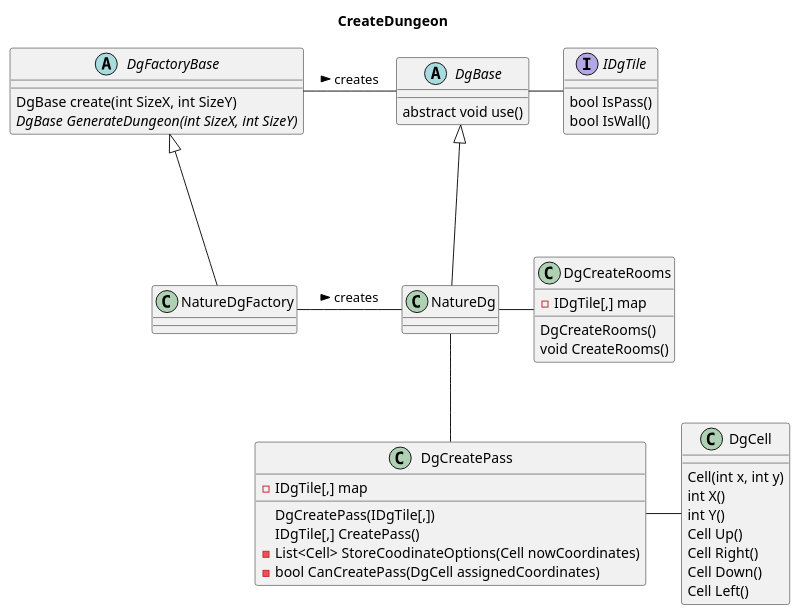
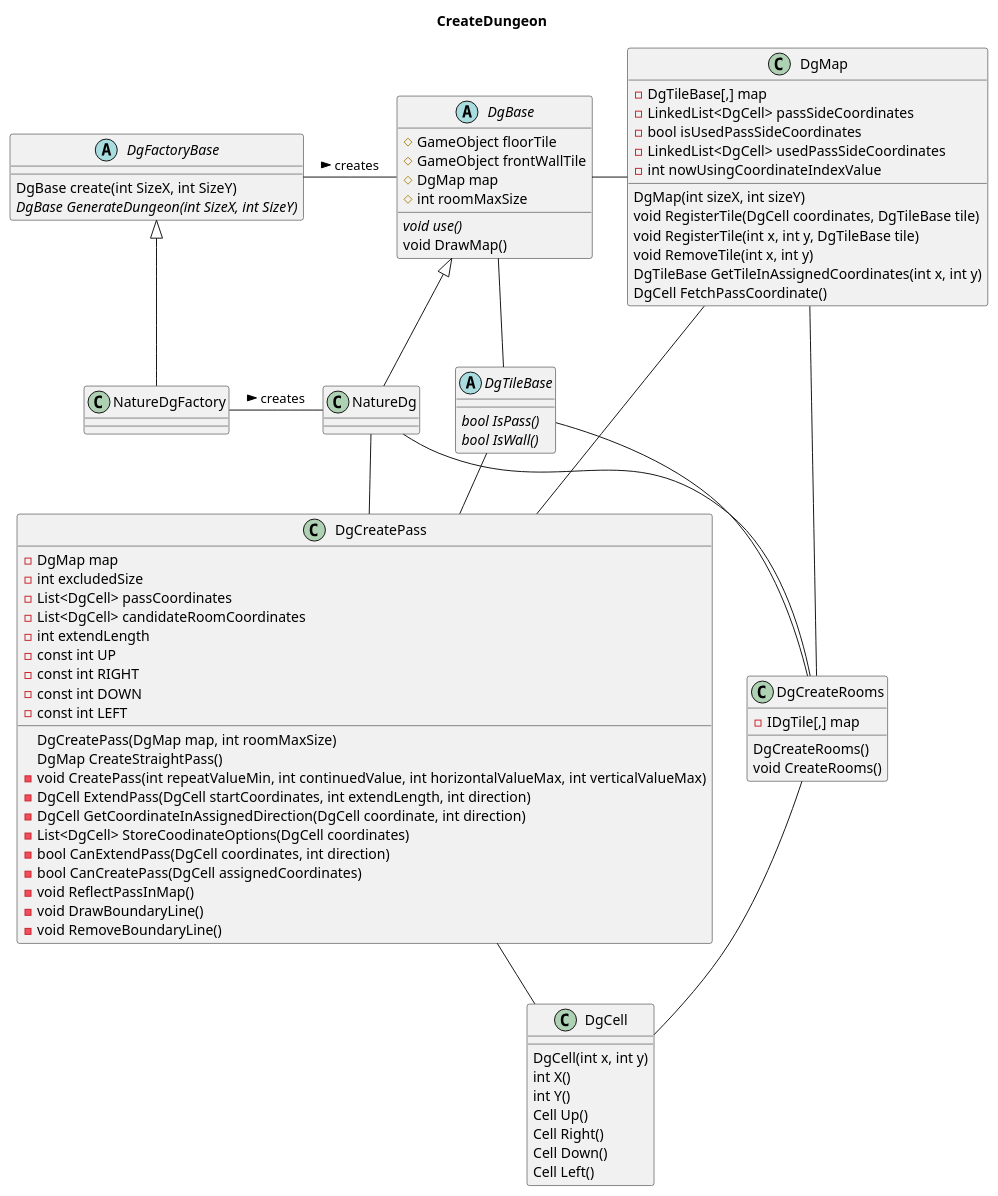
The diagram in Eintyo Project/Assets/Scripts/Dungeon/dungeonUML.pu (belooknova/Eintyo_Project), drawn with PlantUML before and after one commit. The commit also changed 17 other files, not shown here.

```diff
--- a/Eintyo Project/Assets/Scripts/Dungeon/dungeonUML.pu
+++ b/Eintyo Project/Assets/Scripts/Dungeon/dungeonUML.pu
@@ -1,62 +1,113 @@
 @startuml
 title CreateDungeon
+
+
 
 abstract class DgFactoryBase{
     DgBase create(int SizeX, int SizeY)
     {abstract} DgBase GenerateDungeon(int SizeX, int SizeY)
 }
 
 abstract class DgBase{
-    abstract void use()
+    # GameObject floorTile
+    # GameObject frontWallTile
+    # DgMap map
+    # int roomMaxSize
+
+    {abstract} void use()
+    void DrawMap()
 }
 
 class NatureDgFactory{
 
 }
 
 class NatureDg{
 
 }
 
 class DgCell{
-    Cell(int x, int y)
+    DgCell(int x, int y)
     int X()
     int Y()
     Cell Up()
     Cell Right()
     Cell Down()
     Cell Left()
 }
 
 class DgCreateRooms{
     - IDgTile[,] map
     DgCreateRooms()
     void CreateRooms()
 }
 
 class DgCreatePass{
-    - IDgTile[,] map
-    DgCreatePass(IDgTile[,])
-    IDgTile[,] CreatePass()
-    - List<Cell> StoreCoodinateOptions(Cell nowCoordinates)
+    - DgMap map
+    - int excludedSize
+    - List<DgCell> passCoordinates
+    - List<DgCell> candidateRoomCoordinates
+    - int extendLength
+    - const int UP
+    - const int RIGHT
+    - const int DOWN
+    - const int LEFT
+
+    DgCreatePass(DgMap map, int roomMaxSize)
+    DgMap CreateStraightPass()
+    - void CreatePass(int repeatValueMin, int continuedValue, int horizontalValueMax, int verticalValueMax)
+    - DgCell ExtendPass(DgCell startCoordinates, int extendLength, int direction)
+    - DgCell GetCoordinateInAssignedDirection(DgCell coordinate, int direction)
+    - List<DgCell> StoreCoodinateOptions(DgCell coordinates)
+    - bool CanExtendPass(DgCell coordinates, int direction)
     - bool CanCreatePass(DgCell assignedCoordinates)
+    - void ReflectPassInMap()
+    - void DrawBoundaryLine()
+    - void RemoveBoundaryLine()
 }
 
-interface IDgTile{
-    bool IsPass()
-    bool IsWall()
+abstract class DgTileBase{
+    {abstract} bool IsPass()
+    {abstract} bool IsWall()
 }
 
-DgFactoryBase - DgBase : > creates
-NatureDgFactory - NatureDg : > creates
-DgFactoryBase <|--- NatureDgFactory
-DgBase <|-- NatureDg
+class DgMap{
+    - DgTileBase[,] map
+    - LinkedList<DgCell> passSideCoordinates
+    - bool isUsedPassSideCoordinates
+    - LinkedList<DgCell> usedPassSideCoordinates
+    - int nowUsingCoordinateIndexValue
+    DgMap(int sizeX, int sizeY)
+    void RegisterTile(DgCell coordinates, DgTileBase tile)
+    void RegisterTile(int x, int y, DgTileBase tile)
+    void RemoveTile(int x, int y)
+    DgTileBase GetTileInAssignedCoordinates(int x, int y)
+    DgCell FetchPassCoordinate()
 
-NatureDg -- DgCreatePass
-NatureDg - DgCreateRooms
-DgBase - IDgTile
+}
 
-DgCreatePass - DgCell
+DgFactoryBase -r- DgBase : > creates
+DgFactoryBase <|-d- NatureDgFactory
+DgBase <|-d- NatureDg
+NatureDgFactory -r- NatureDg : > creates
+
+
+DgBase -d- DgTileBase
+DgBase -r- DgMap
+
+NatureDg -d- DgCreatePass
+NatureDg -d- DgCreateRooms
+
+DgCreatePass -d- DgCell
+DgCreateRooms -d- DgCell
+
+DgCreatePass -u- DgTileBase
+DgCreateRooms -u- DgTileBase
+
+DgCreatePass -u- DgMap
+DgCreateRooms -u- DgMap
+
+NatureDg -[hidden]r- DgTileBase
 
 
 @enduml
```
